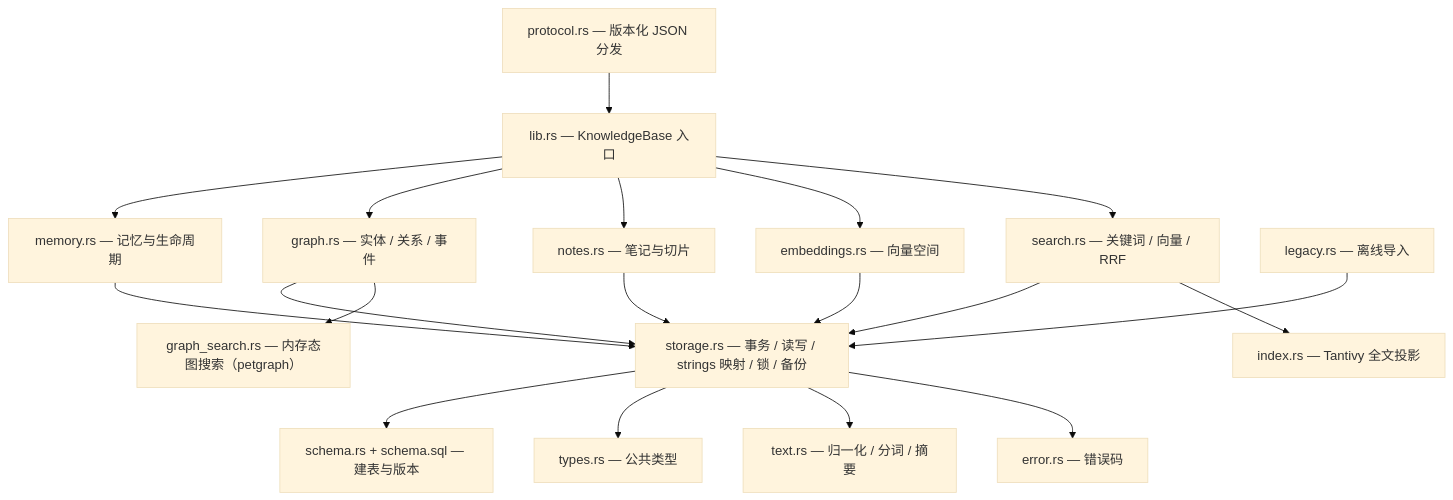
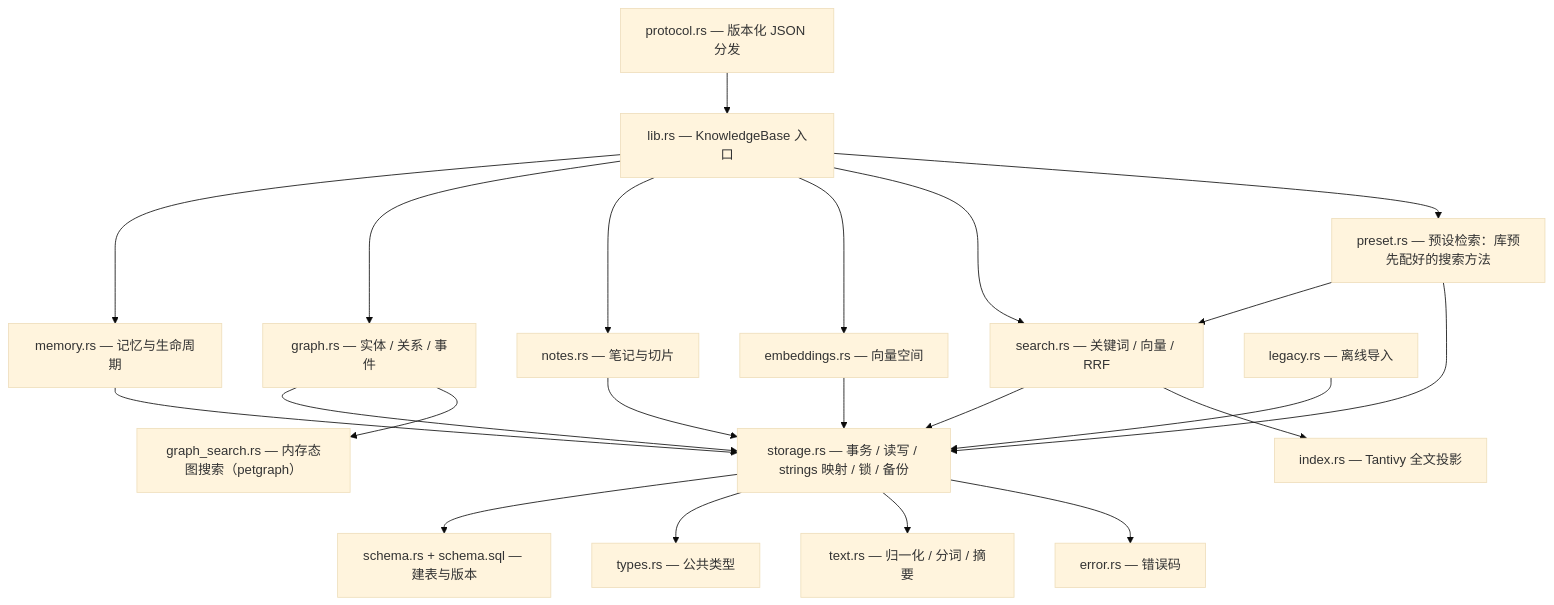
Before and after one commit to kawayiYokami/p-memory: the second of 4 diagrams in docs/architecture.md, drawn with Mermaid (base theme). The commit also changed other lines of this file and 10 other files, not shown here.

First line of the commit message:
feat(preset): named search presets with three separate result fields

````diff
--- a/docs/architecture.md
+++ b/docs/architecture.md
@@ -27,26 +27,29 @@
 ```mermaid
 flowchart TD
     lib["lib.rs — KnowledgeBase 入口"]
     lib --> memory["memory.rs — 记忆与生命周期"]
     lib --> gstore["graph.rs — 实体 / 关系 / 事件"]
     lib --> notes["notes.rs — 笔记与切片"]
     lib --> embed["embeddings.rs — 向量空间"]
     lib --> search["search.rs — 关键词 / 向量 / RRF"]
+    lib --> preset["preset.rs — 预设检索：库预先配好的搜索方法"]
 
     memory --> storage
     gstore --> storage
     notes --> storage
     embed --> storage
     search --> storage
     search --> index["index.rs — Tantivy 全文投影"]
+    preset --> search
+    preset --> storage
     gstore --> gsearch["graph_search.rs — 内存态图搜索（petgraph）"]
 
     storage["storage.rs — 事务 / 读写 / strings 映射 / 锁 / 备份"]
     storage --> schema["schema.rs + schema.sql — 建表与版本"]
     storage --> types["types.rs — 公共类型"]
     storage --> text["text.rs — 归一化 / 分词 / 摘要"]
     storage --> err["error.rs — 错误码"]
 
     legacy["legacy.rs — 离线导入"] --> storage
     protocol["protocol.rs — 版本化 JSON 分发"] --> lib
 ```
````
